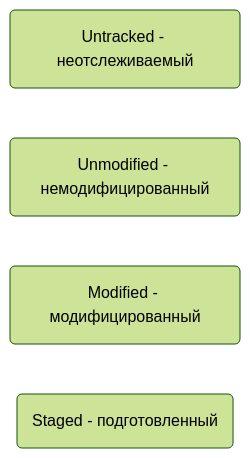
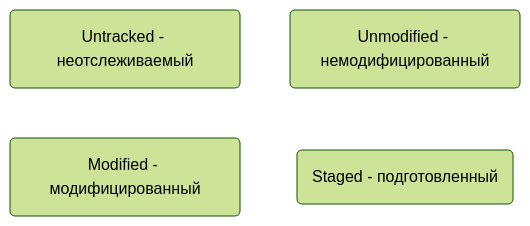
One commit to zohidulla/training-skills changed the second of 2 diagrams in Udemy/Git/README.md. Above: the diagram before and after it, drawn with Mermaid (forest theme).

Commit message:
git status

````diff
--- a/Udemy/Git/README.md
+++ b/Udemy/Git/README.md
@@ -76,7 +76,5 @@
 ```mermaid
 flowchart LR
-    id1(Untracked - неотслеживаемый)
-    id2(Unmodified - немодифицированный)
-    id3(Modified - модифицированный)
-    id4(Staged - подготовленный)
+    id1(Untracked - неотслеживаемый) ~~~ id2(Unmodified - немодифицированный)
+    id3(Modified - модифицированный) ~~~ id4(Staged - подготовленный)
 ```
````
